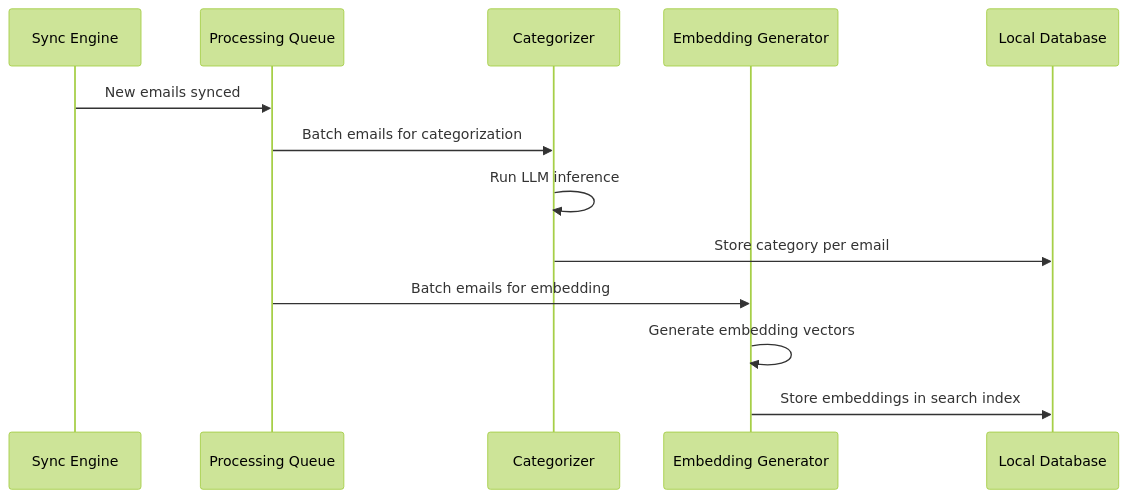
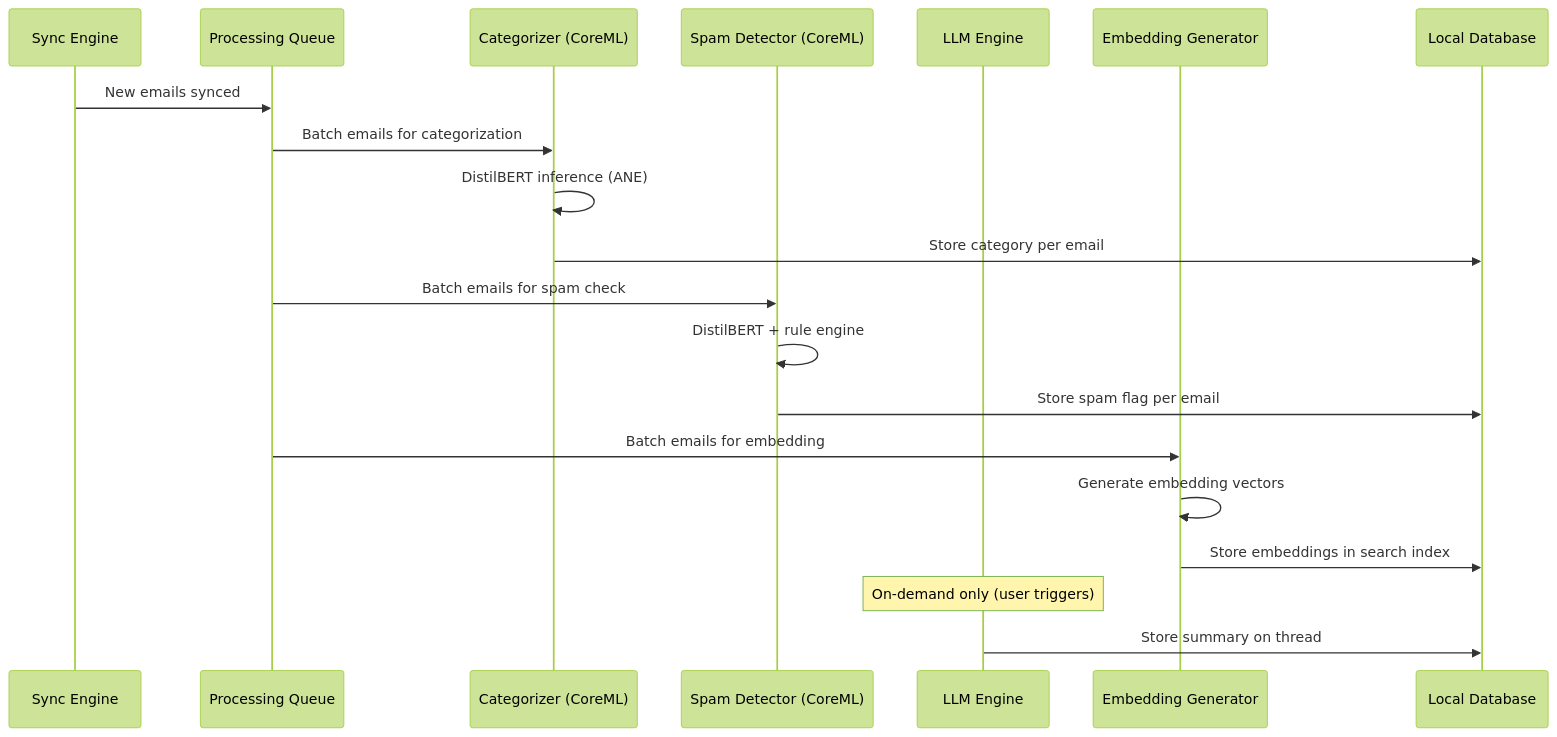
Before and after one commit to VishnuBishnoi/VaultMail: the first of 2 diagrams in docs/features/ai-features/spec.md, drawn with Mermaid (forest theme). The commit also changed other lines of this file and 7 other files, not shown here.

````diff
--- a/docs/features/ai-features/spec.md
+++ b/docs/features/ai-features/spec.md
@@ -89,16 +118,23 @@
 ```mermaid
 sequenceDiagram
     participant Sync as Sync Engine
     participant Queue as Processing Queue
-    participant Cat as Categorizer
+    participant Cat as Categorizer (CoreML)
+    participant Spam as Spam Detector (CoreML)
+    participant LLM as LLM Engine
     participant Emb as Embedding Generator
     participant DB as Local Database
 
     Sync->>Queue: New emails synced
     Queue->>Cat: Batch emails for categorization
-    Cat->>Cat: Run LLM inference
+    Cat->>Cat: DistilBERT inference (ANE)
     Cat->>DB: Store category per email
+    Queue->>Spam: Batch emails for spam check
+    Spam->>Spam: DistilBERT + rule engine
+    Spam->>DB: Store spam flag per email
     Queue->>Emb: Batch emails for embedding
     Emb->>Emb: Generate embedding vectors
     Emb->>DB: Store embeddings in search index
+    Note over LLM: On-demand only (user triggers)
+    LLM->>DB: Store summary on thread
 ```
````
